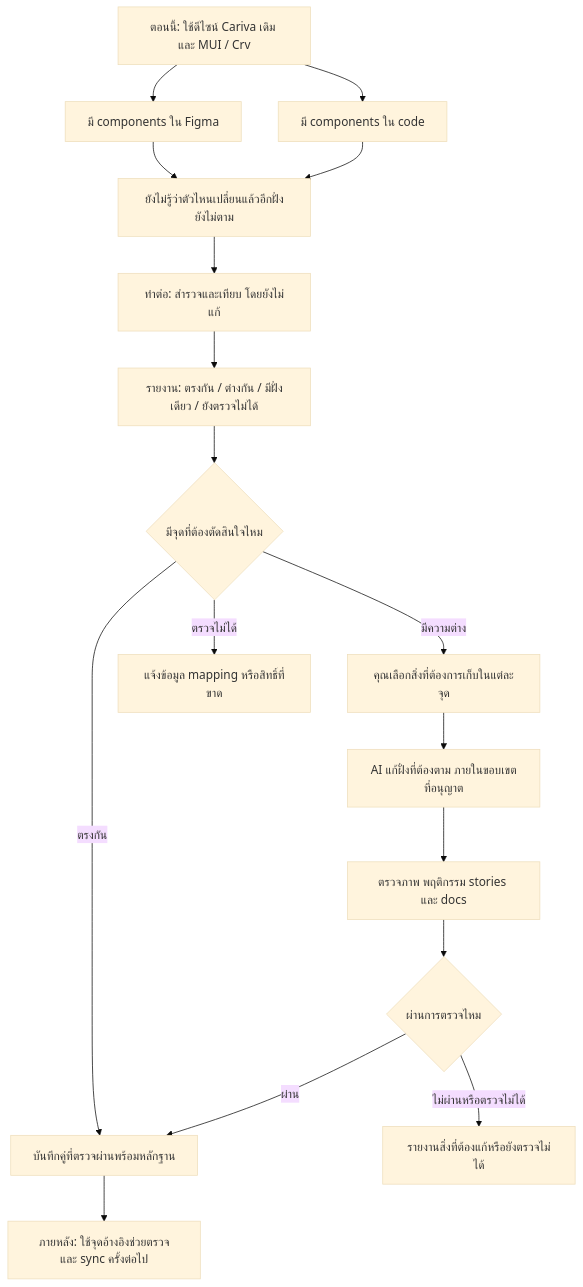
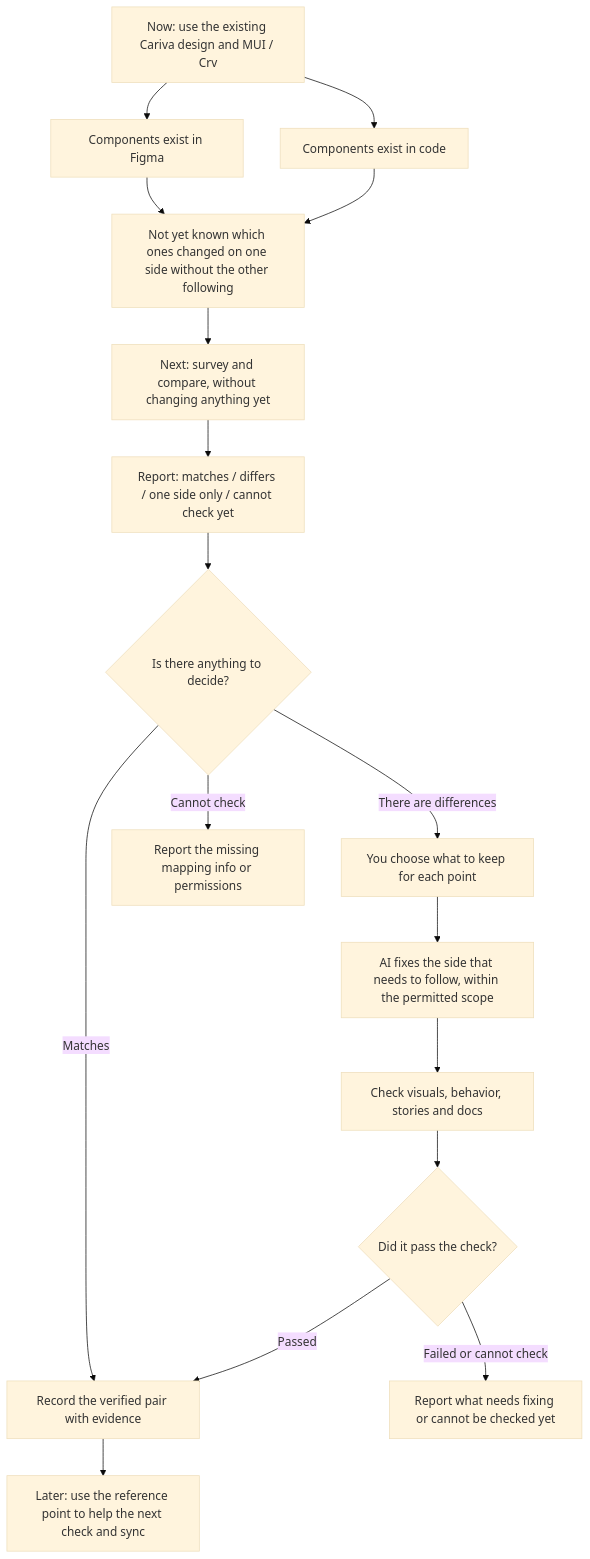
One commit to PraewNAT/cariva-design-workspace changed the diagram in CARIVA-COMPONENT-SYNC-FLOW.md. Above: the diagram before and after it, drawn with Mermaid (base theme). The commit also changed other lines of this file and 190 other files, not shown here.

First line of the commit message:
Align Figma component sets with shadcn, add Code Connect, translate docs to English

````diff
--- a/CARIVA-COMPONENT-SYNC-FLOW.md
+++ b/CARIVA-COMPONENT-SYNC-FLOW.md
@@ -15,21 +15,21 @@
 ```mermaid
 flowchart TD
-    current["ตอนนี้: ใช้ดีไซน์ Cariva เดิม และ MUI / Crv"]
-    current --> figma["มี components ใน Figma"]
-    current --> code["มี components ใน code"]
-    figma --> unknown["ยังไม่รู้ว่าตัวไหนเปลี่ยนแล้วอีกฝั่งยังไม่ตาม"]
+    current["Now: use the existing Cariva design and MUI / Crv"]
+    current --> figma["Components exist in Figma"]
+    current --> code["Components exist in code"]
+    figma --> unknown["Not yet known which ones changed on one side without the other following"]
     code --> unknown
 
-    unknown --> inspect["ทำต่อ: สำรวจและเทียบ โดยยังไม่แก้"]
-    inspect --> report["รายงาน: ตรงกัน / ต่างกัน / มีฝั่งเดียว / ยังตรวจไม่ได้"]
-    report --> decision{"มีจุดที่ต้องตัดสินใจไหม"}
-    decision -->|"มีความต่าง"| choose["คุณเลือกสิ่งที่ต้องการเก็บในแต่ละจุด"]
-    decision -->|"ตรวจไม่ได้"| missing["แจ้งข้อมูล mapping หรือสิทธิ์ที่ขาด"]
-    decision -->|"ตรงกัน"| baseline["บันทึกคู่ที่ตรวจผ่านพร้อมหลักฐาน"]
-    choose --> fix["AI แก้ฝั่งที่ต้องตาม ภายในขอบเขตที่อนุญาต"]
-    fix --> verify["ตรวจภาพ พฤติกรรม stories และ docs"]
-    verify --> result{"ผ่านการตรวจไหม"}
-    result -->|"ผ่าน"| baseline
-    result -->|"ไม่ผ่านหรือตรวจไม่ได้"| pending["รายงานสิ่งที่ต้องแก้หรือยังตรวจไม่ได้"]
-    baseline --> future["ภายหลัง: ใช้จุดอ้างอิงช่วยตรวจและ sync ครั้งต่อไป"]
+    unknown --> inspect["Next: survey and compare, without changing anything yet"]
+    inspect --> report["Report: matches / differs / one side only / cannot check yet"]
+    report --> decision{"Is there anything to decide?"}
+    decision -->|"There are differences"| choose["You choose what to keep for each point"]
+    decision -->|"Cannot check"| missing["Report the missing mapping info or permissions"]
+    decision -->|"Matches"| baseline["Record the verified pair with evidence"]
+    choose --> fix["AI fixes the side that needs to follow, within the permitted scope"]
+    fix --> verify["Check visuals, behavior, stories and docs"]
+    verify --> result{"Did it pass the check?"}
+    result -->|"Passed"| baseline
+    result -->|"Failed or cannot check"| pending["Report what needs fixing or cannot be checked yet"]
+    baseline --> future["Later: use the reference point to help the next check and sync"]
 ```
````
